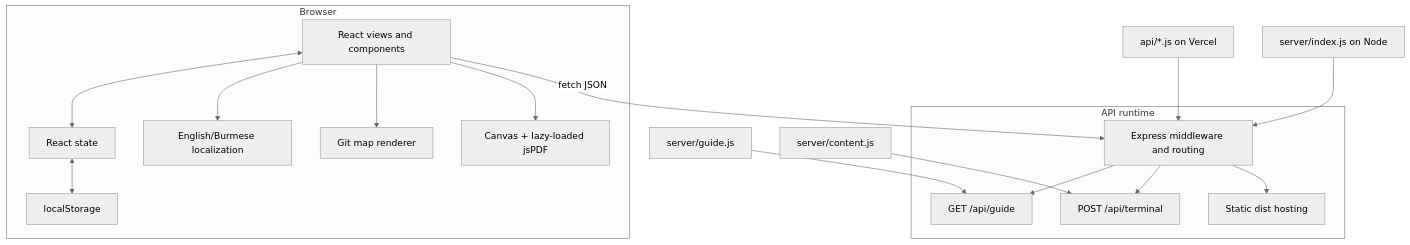
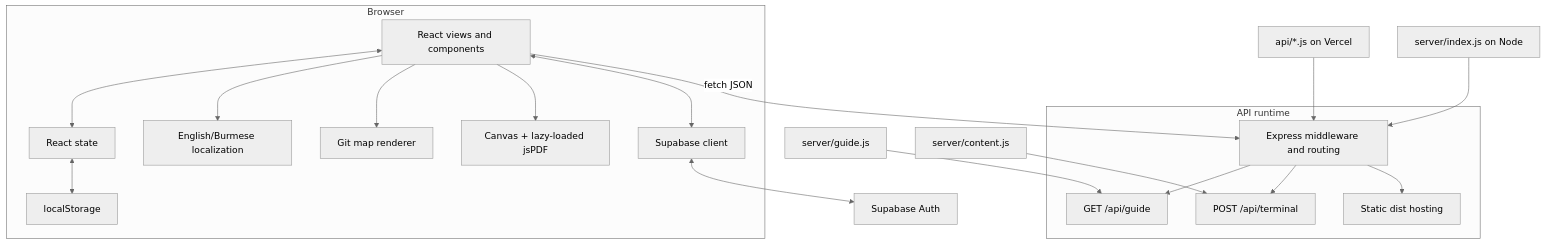
Before and after one commit to MoriartyLink/git-guide: the second of 9 diagrams in docs/ARCHITECTURE.md, drawn with Mermaid (neutral theme). The commit also changed other lines of this file and 137 other files, not shown here.

````diff
--- a/docs/ARCHITECTURE.md
+++ b/docs/ARCHITECTURE.md
@@ -29,32 +30,36 @@
 ```mermaid
 flowchart TB
     subgraph Browser
         UI["React views and components"]
         State["React state"]
         Localize["English/Burmese localization"]
         GitMap["Git map renderer"]
         PDF["Canvas + lazy-loaded jsPDF"]
         LS["localStorage"]
+        AuthClient["Supabase client"]
         UI <--> State
         UI --> Localize
         UI --> GitMap
         UI --> PDF
         State <--> LS
+        UI <--> AuthClient
     end
+
+    AuthClient <--> SupabaseAuth["Supabase Auth"]
 
     subgraph API_Runtime["API runtime"]
         Express["Express middleware and routing"]
         GuideRoute["GET /api/guide"]
         TerminalRoute["POST /api/terminal"]
         Static["Static dist hosting"]
         Express --> GuideRoute
         Express --> TerminalRoute
         Express --> Static
     end
 
     GuideData["server/guide.js"] --> GuideRoute
     TerminalData["server/content.js"] --> TerminalRoute
     UI -->|fetch JSON| Express
     Vercel["api/*.js on Vercel"] --> Express
     Node["server/index.js on Node"] --> Express
 ```
````
